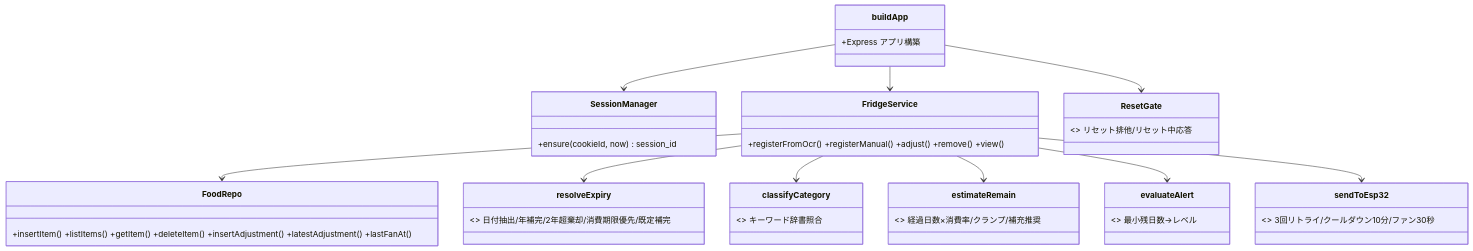
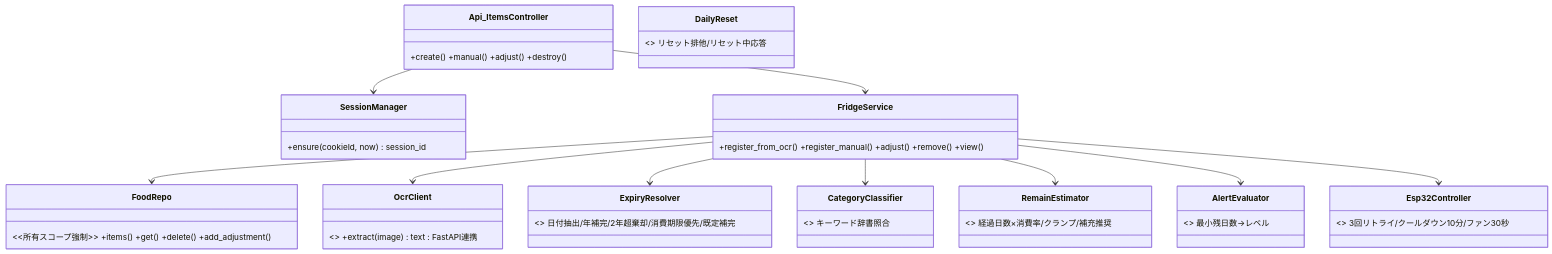
One commit to rictaworks/fridge-watch-demo changed the third of 5 diagrams in SPEC/reverse-engineering.md. Above: the diagram before and after it, drawn with Mermaid. The commit also changed other lines of this file and 203 other files, not shown here.

First line of the commit message:
feat: 正本設計 §1.3 準拠の3層構成へ全面再構築(Next.js + Rails + FastAPI OCR)

````diff
--- a/SPEC/reverse-engineering.md
+++ b/SPEC/reverse-engineering.md
@@ -38,23 +68,24 @@
 ```mermaid
 classDiagram
-    class buildApp { +Express アプリ構築 }
+    class Api_ItemsController { +create() +manual() +adjust() +destroy() }
     class SessionManager { +ensure(cookieId, now) session_id }
-    class FridgeService { +registerFromOcr() +registerManual() +adjust() +remove() +view() }
-    class FoodRepo { +insertItem() +listItems() +getItem() +deleteItem() +insertAdjustment() +latestAdjustment() +lastFanAt() }
-    class resolveExpiry { <<F1>> 日付抽出/年補完/2年超棄却/消費期限優先/既定補完 }
-    class classifyCategory { <<F1>> キーワード辞書照合 }
-    class estimateRemain { <<F2>> 経過日数×消費率/クランプ/補充推奨 }
-    class evaluateAlert { <<F3>> 最小残日数→レベル }
-    class sendToEsp32 { <<F3>> 3回リトライ/クールダウン10分/ファン30秒 }
-    class ResetGate { <<F4>> リセット排他/リセット中応答 }
+    class FridgeService { +register_from_ocr() +register_manual() +adjust() +remove() +view() }
+    class FoodRepo { <<所有スコープ強制>> +items() +get() +delete() +add_adjustment() }
+    class OcrClient { <<F1>> +extract(image) text : FastAPI連携 }
+    class ExpiryResolver { <<F1>> 日付抽出/年補完/2年超棄却/消費期限優先/既定補完 }
+    class CategoryClassifier { <<F1>> キーワード辞書照合 }
+    class RemainEstimator { <<F2>> 経過日数×消費率/クランプ/補充推奨 }
+    class AlertEvaluator { <<F3>> 最小残日数→レベル }
+    class Esp32Controller { <<F3>> 3回リトライ/クールダウン10分/ファン30秒 }
+    class DailyReset { <<F4>> リセット排他/リセット中応答 }
 
-    buildApp --> SessionManager
-    buildApp --> FridgeService
-    buildApp --> ResetGate
+    Api_ItemsController --> FridgeService
+    Api_ItemsController --> SessionManager
     FridgeService --> FoodRepo
-    FridgeService --> resolveExpiry
-    FridgeService --> classifyCategory
-    FridgeService --> estimateRemain
-    FridgeService --> evaluateAlert
-    FridgeService --> sendToEsp32
+    FridgeService --> OcrClient
+    FridgeService --> ExpiryResolver
+    FridgeService --> CategoryClassifier
+    FridgeService --> RemainEstimator
+    FridgeService --> AlertEvaluator
+    FridgeService --> Esp32Controller
 ```
````
